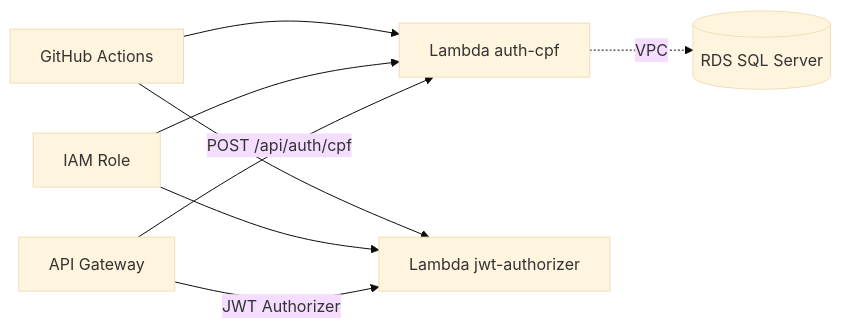
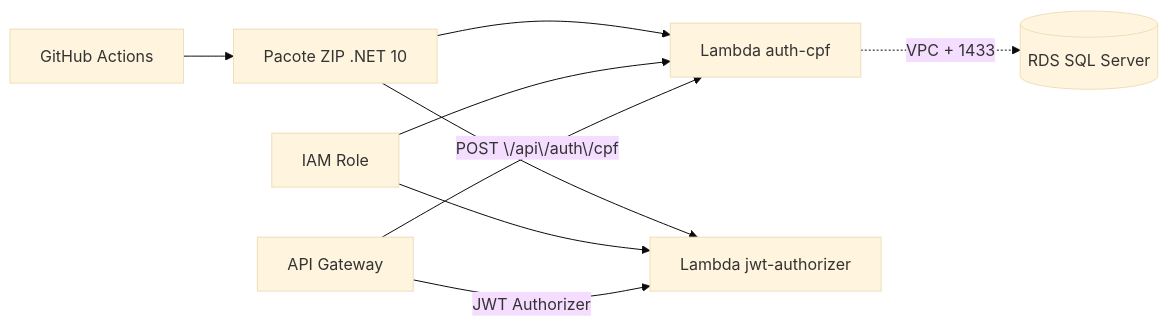
Before and after one commit to fabianorodrigues/oficina-auth-lambda: the second of 2 diagrams in README.md, drawn with Mermaid (base theme). The commit also changed other lines of this file, not shown here.

````diff
--- a/README.md
+++ b/README.md
@@ -53,10 +54,11 @@
 ```mermaid
 graph LR
-  GH[GitHub Actions] --> AUTH[Lambda auth-cpf]
-  GH --> AUTHZ[Lambda jwt-authorizer]
+  GH[GitHub Actions] --> ZIP[Pacote ZIP .NET 10]
+  ZIP --> AUTH[Lambda auth-cpf]
+  ZIP --> AUTHZ[Lambda jwt-authorizer]
   IAM[IAM Role] --> AUTH
   IAM --> AUTHZ
-  AUTH -.VPC.-> RDS[(RDS SQL Server)]
-  APIGW[API Gateway] -->|POST /api/auth/cpf| AUTH
+  AUTH -.VPC + 1433.-> RDS[(RDS SQL Server)]
+  APIGW[API Gateway] -->|POST \/api\/auth\/cpf| AUTH
   APIGW -->|JWT Authorizer| AUTHZ
 ```
````
